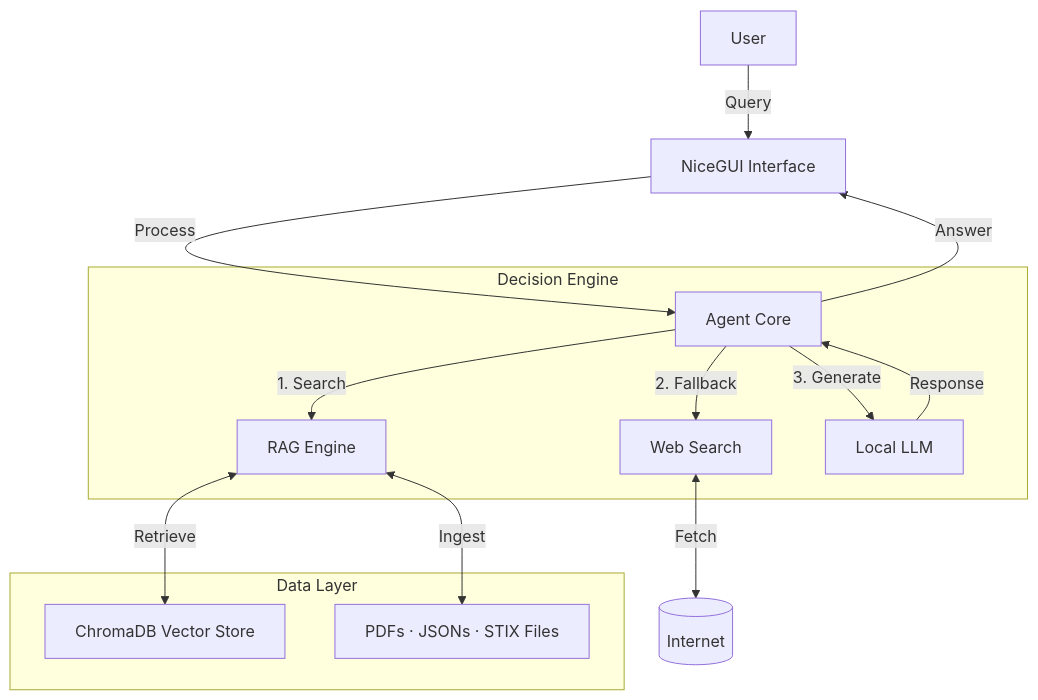
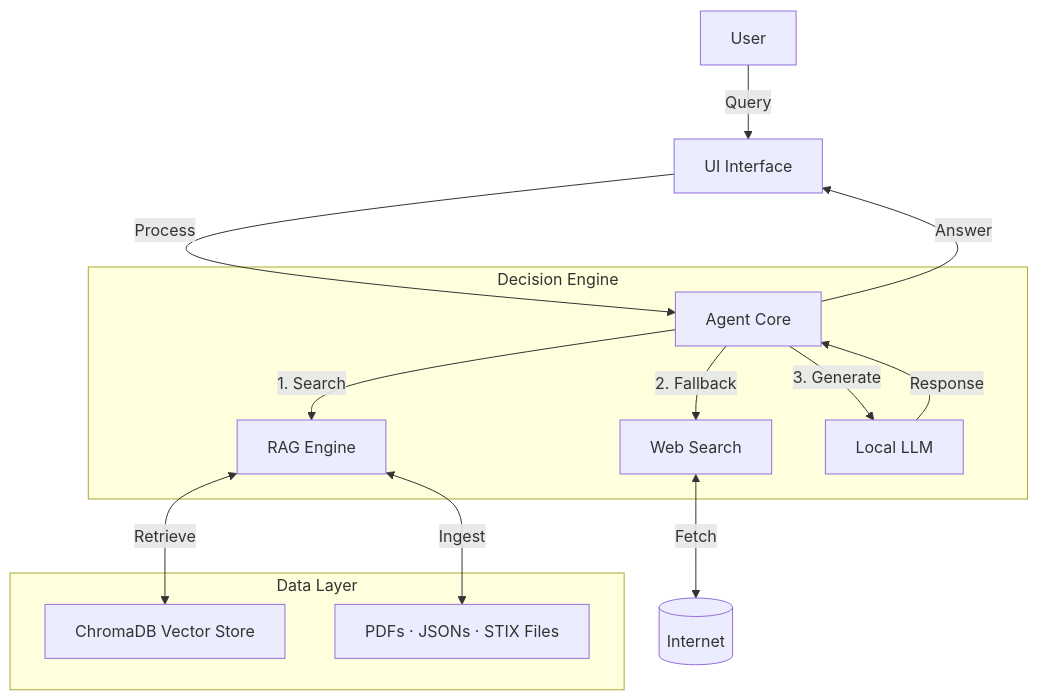
Before and after one commit to ranjeetreddy14/private-threat-intel-agent-rag: the diagram in README.md, drawn with Mermaid.

````diff
--- a/README.md
+++ b/README.md
@@ -28,21 +28,21 @@
 ```mermaid
 flowchart TD
-  User[User] -->|"Query"| UI[NiceGUI Interface]
+  User[User] -->|"Query"| UI[UI Interface]
   UI -->|"Process"| Agent[Agent Core]
 
   subgraph "Decision Engine"
     Agent -->|"1. Search"| RAG[RAG Engine]
     Agent -->|"2. Fallback"| Web[Web Search]
     Agent -->|"3. Generate"| LLM[Local LLM]
   end
 
   subgraph "Data Layer"
     RAG <-->|Retrieve| Chroma[ChromaDB Vector Store]
     RAG <-->|Ingest| Files[PDFs · JSONs · STIX Files]
   end
 
   Web <-->|Fetch| Internet[(Internet)]
 
   LLM -->|"Response"| Agent
   Agent -->|"Answer"| UI
 ```
````
